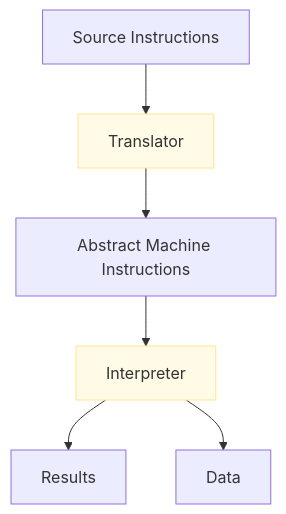
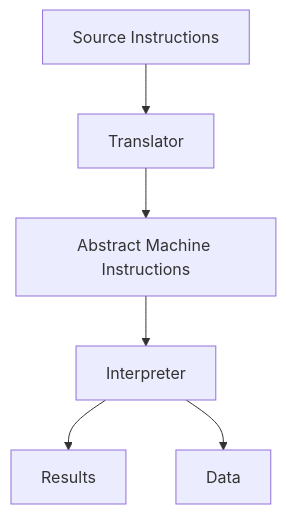
One commit to sujith-eag/sujith-library changed the fourth of 6 diagrams in docs/mca/se/u22/u5.md. Above: the diagram before and after it, drawn with Mermaid. The commit also changed other lines of this file and 41 other files, not shown here.

First line of the commit message:
Refactor diagrams and remove redundant styles in documentation

````diff
--- a/docs/mca/se/u22/u5.md
+++ b/docs/mca/se/u22/u5.md
@@ -151,11 +146,8 @@
 ```mermaid
 flowchart TD
     SLI[Source Instructions] --> T[Translator]
     T --> AMI[Abstract Machine Instructions]
     AMI --> I[Interpreter]
     I --> R[Results]
     I --> D[Data]
-
-    classDef process fill:#fffbe6,stroke:#ffe58f
-    class T,I process
 ```
````
